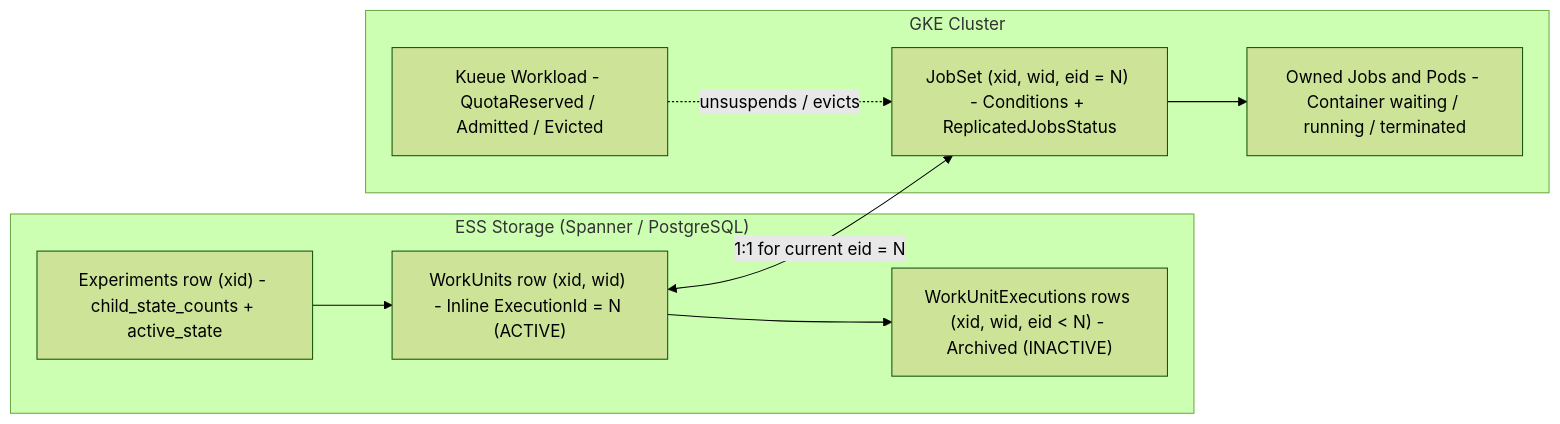
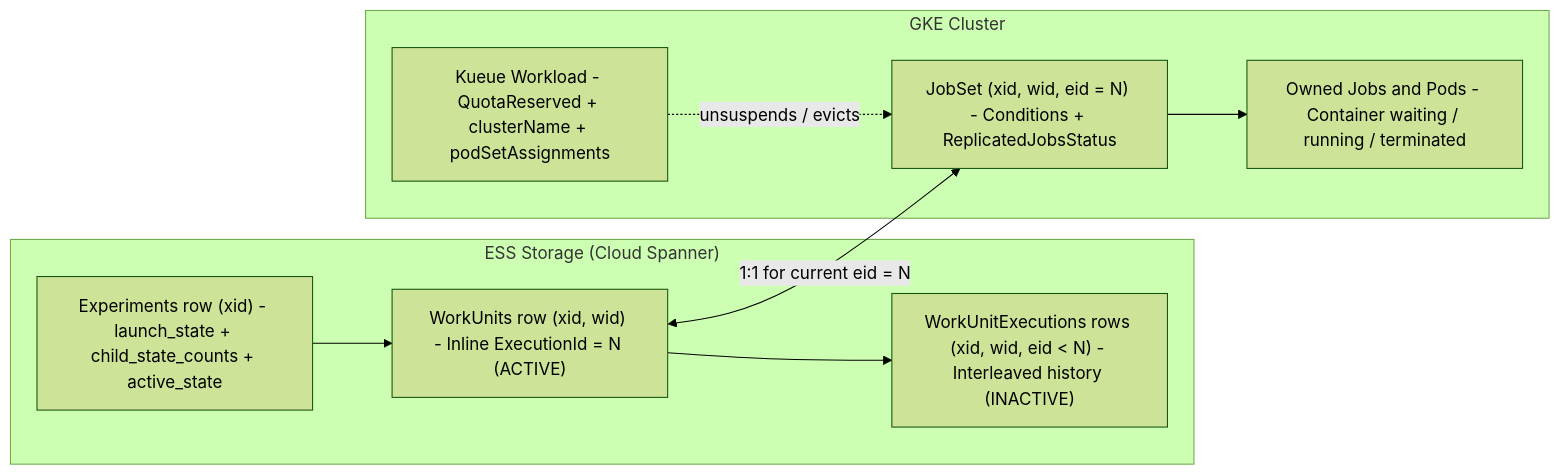
The first of 8 diagrams in docs/architecture/jobset_and_work_unit_states.md (google/xmc), drawn with Mermaid (forest theme) before and after one commit. The commit also changed other lines of this file, not shown here.

First line of the commit message:
docs(architecture): address PR #1411 review comments on state mapping doc

````diff
--- a/docs/architecture/jobset_and_work_unit_states.md
+++ b/docs/architecture/jobset_and_work_unit_states.md
@@ -60,20 +72,20 @@
 ```mermaid
 flowchart LR
-    subgraph Storage["ESS Storage (Spanner / PostgreSQL)"]
-        EXP["Experiments row (xid) - child_state_counts + active_state"]
+    subgraph Storage["ESS Storage (Cloud Spanner)"]
+        EXP["Experiments row (xid) - launch_state + child_state_counts + active_state"]
         WU["WorkUnits row (xid, wid) - Inline ExecutionId = N (ACTIVE)"]
-        HIST["WorkUnitExecutions rows (xid, wid, eid < N) - Archived (INACTIVE)"]
+        HIST["WorkUnitExecutions rows (xid, wid, eid < N) - Interleaved history (INACTIVE)"]
         EXP --> WU
         WU --> HIST
     end
 
     subgraph Cluster["GKE Cluster"]
         JS["JobSet (xid, wid, eid = N) - Conditions + ReplicatedJobsStatus"]
-        WL["Kueue Workload - QuotaReserved / Admitted / Evicted"]
+        WL["Kueue Workload - QuotaReserved + clusterName + podSetAssignments"]
         PODS["Owned Jobs and Pods - Container waiting / running / terminated"]
         WL -. "unsuspends / evicts" .-> JS
         JS --> PODS
     end
 
     WU <-->|"1:1 for current eid = N"| JS
 ```
````
